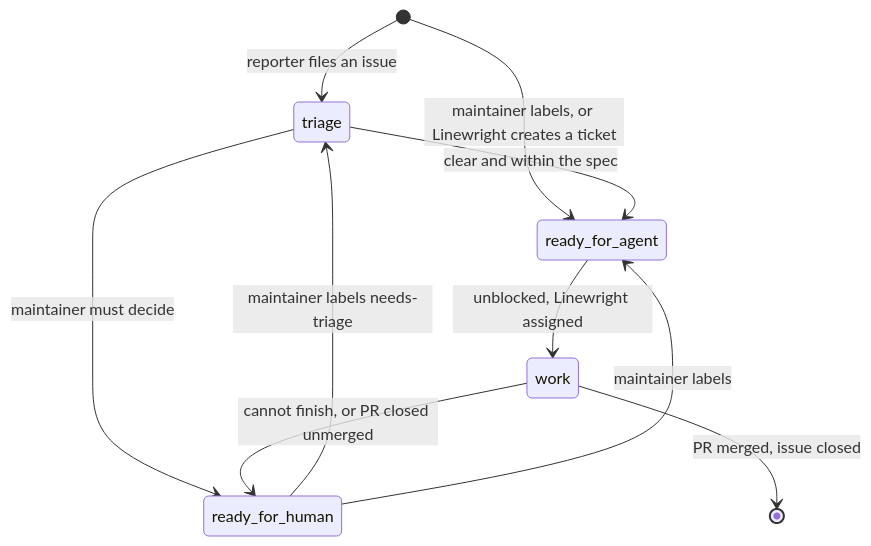
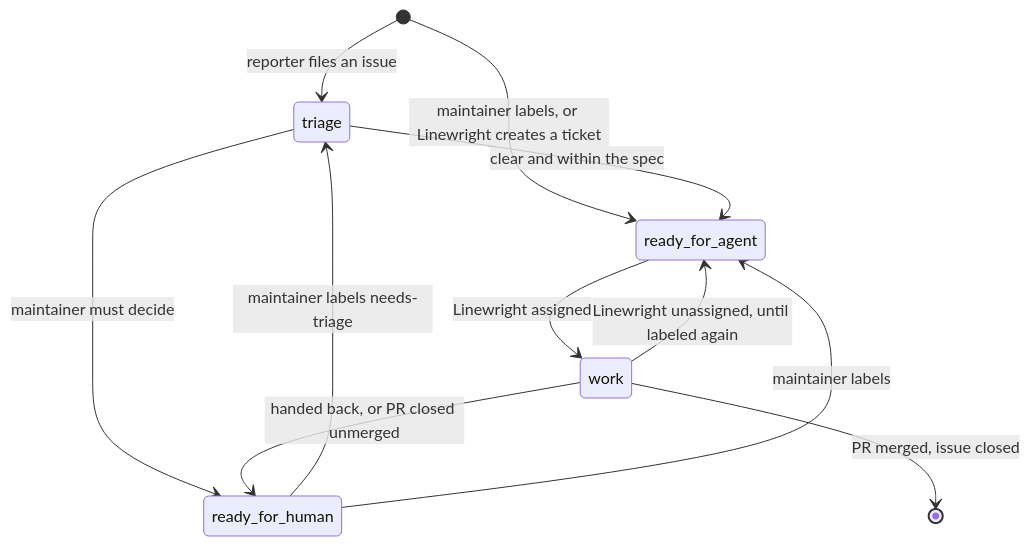
The diagram in docs/specs/repository.md (XRafik/linewright), drawn with Mermaid before and after one commit. The commit also changed other lines of this file and 10 other files, not shown here.

````diff
--- a/docs/specs/repository.md
+++ b/docs/specs/repository.md
@@ -108,12 +121,13 @@
 ```mermaid
 stateDiagram-v2
     [*] --> triage: reporter files an issue
     [*] --> ready_for_agent: maintainer labels, or Linewright creates a ticket
     triage --> ready_for_agent: clear and within the spec
     triage --> ready_for_human: maintainer must decide
     ready_for_human --> triage: maintainer labels needs-triage
     ready_for_human --> ready_for_agent: maintainer labels
-    ready_for_agent --> work: unblocked, Linewright assigned
-    work --> ready_for_human: cannot finish, or PR closed unmerged
+    ready_for_agent --> work: Linewright assigned
+    work --> ready_for_agent: Linewright unassigned, until labeled again
+    work --> ready_for_human: handed back, or PR closed unmerged
     work --> [*]: PR merged, issue closed
 ```
````
